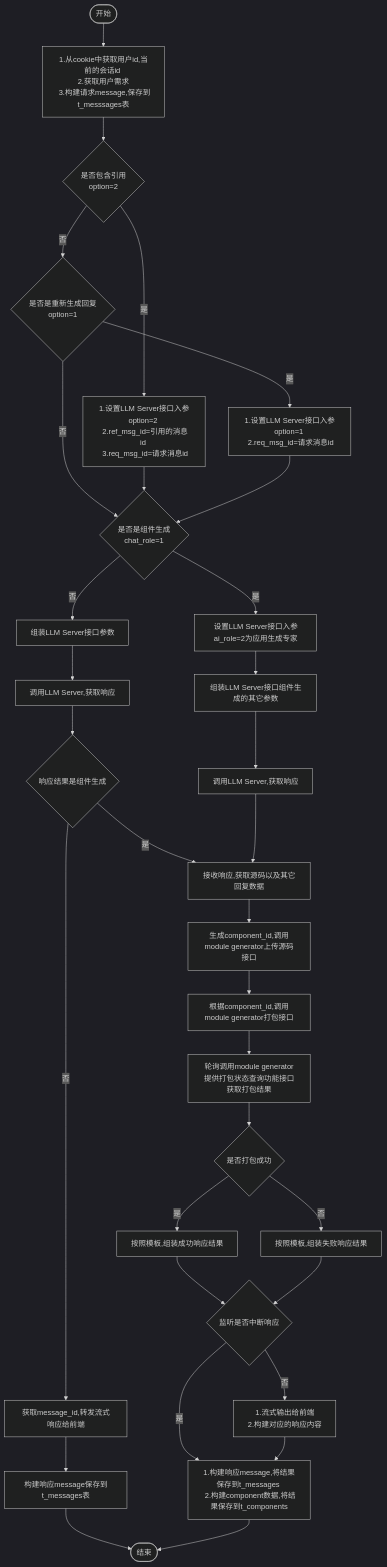
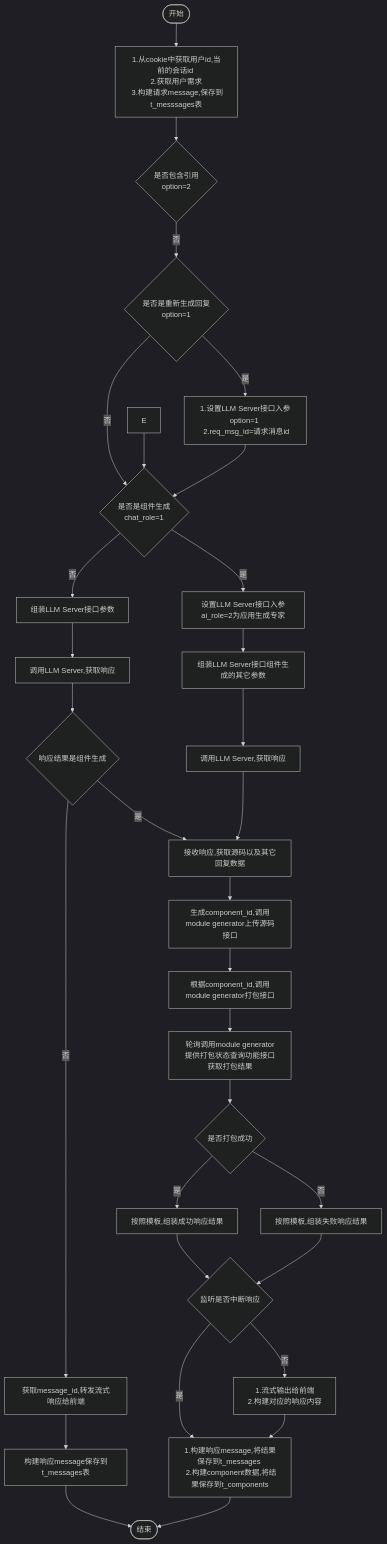
One commit to yingjianzh/iodraw-files changed the diagram in all/未命名-8.md. Above: the diagram before and after it, drawn with Mermaid (dark theme).

Commit message:
2024-10-16 09:21:50 update

````diff
--- a/all/未命名-8.md
+++ b/all/未命名-8.md
@@ -1,39 +1,38 @@
 ```mermaid
 flowchart TD
     A([开始]) --> B[1.从cookie中获取用户id,当前的会话id \n 2.获取用户需求 \n 3.构建请求message,保存到t_messsages表]
     B--> D{是否包含引用 \n option=2}
     
     D -- 否 --> F{是否是重新生成回复\n option=1}
-    D -- 是 --> E[1.设置LLM Server接口入参option=2 \n 2.ref_msg_id=引用的消息id \n 3.req_msg_id=请求消息id]
     F -- 是 --> G[1.设置LLM Server接口入参option=1 \n 2.req_msg_id=请求消息id]
     F -- 否 --> I
      
     E & G --> I{是否是组件生成 \n chat_role=1}
     I -- 否 --> M[组装LLM Server接口参数] 
     I -- 是 --> J[设置LLM Server接口入参ai_role=2为应用生成专家]
     
 
     J --> L[组装LLM Server接口组件生成的其它参数]    
     M --> N[调用LLM Server,获取响应]
     N --> H{响应结果是组件生成}   
     H -- 是 --> T 
     H -- 否 --> O[获取message_id,转发流式响应给前端]
     O --> P[构建响应message保存到t_messages表]
     P --> R([结束])
 
 
     L --> S[调用LLM Server,获取响应]
     S --> T[接收响应,获取源码以及其它回复数据]
     T --> U[生成component_id,调用module generator上传源码接口]
     U --> V[根据component_id,调用module generator打包接口]
     V --> W[轮询调用module generator提供打包状态查询功能接口获取打包结果]
     W --> X{是否打包成功}
     X -- 是 --> Y[按照模板,组装成功响应结果]
     X -- 否 --> Z[按照模板,组装失败响应结果]
     Y & Z --> Done{监听是否中断响应}
     Done -- 是 --> Result
     Done -- 否 --> OutPut[1.流式输出给前端 \n 2.构建对应的响应内容]
 
     OutPut --> Result[1.构建响应message,将结果保存到t_messages \n 2.构建component数据,将结果保存到t_components]
     Result --> R
 ```
````
